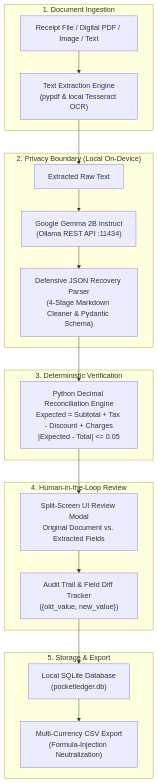
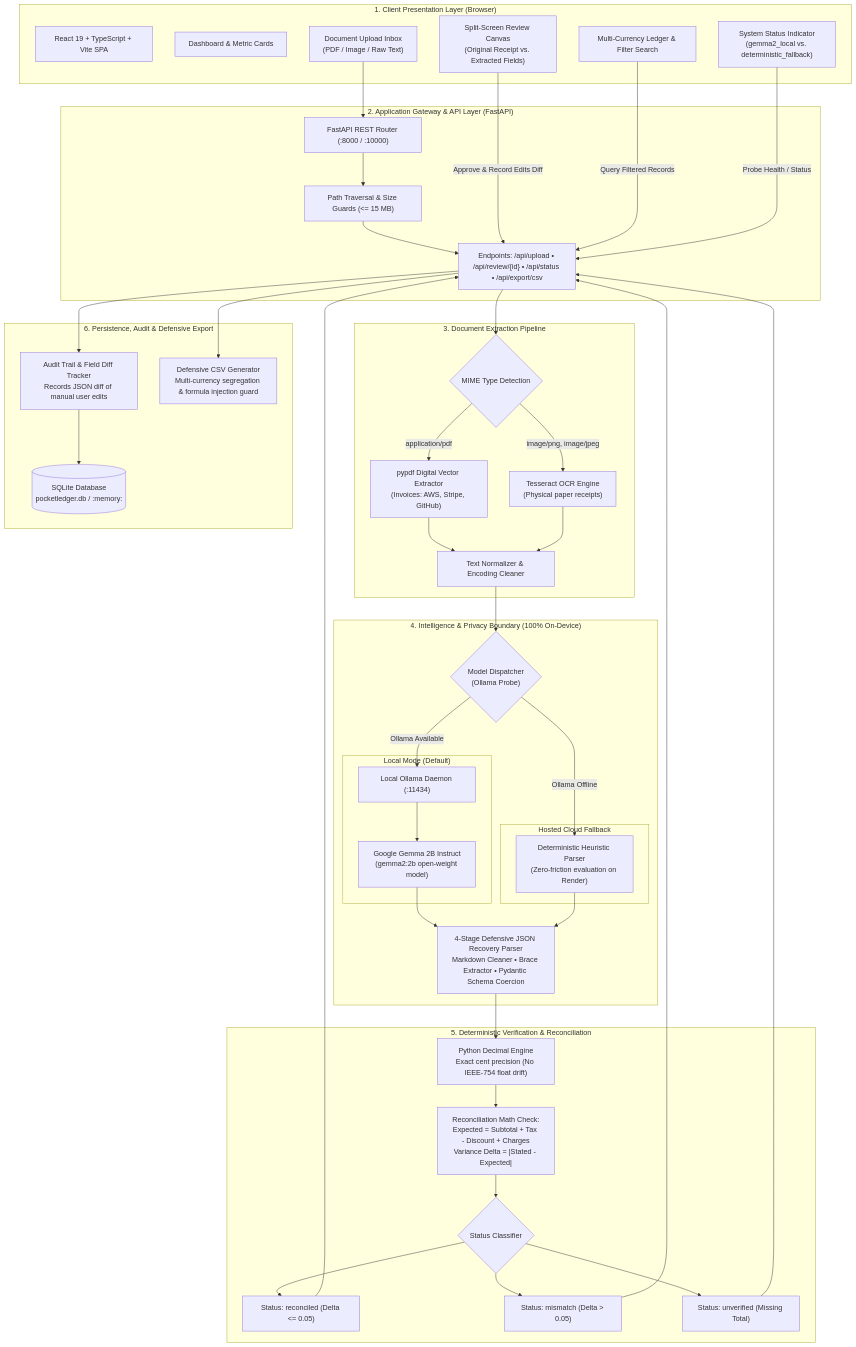
Before and after one commit to tribhu05/pocketledger-ai: the diagram in README.md, drawn with Mermaid. The commit also changed other lines of this file and 1 other file, not shown here.

Commit message:
docs: enrich architecture with multi-tier topology, sequence diagram, state machine, and threat model

````diff
--- a/README.md
+++ b/README.md
@@ -76,32 +78,74 @@
 ```mermaid
-flowchart TD
-    subgraph INGESTION["1. Document Ingestion"]
-        A["Receipt File / Digital PDF / Image / Text"]
-        B["Text Extraction Engine\n(pypdf & local Tesseract OCR)"]
-        A --> B
+flowchart TB
+    subgraph PRESENTATION["1. Client Presentation Layer (Browser)"]
+        UI["React 19 + TypeScript + Vite SPA"]
+        Dashboard["Dashboard & Metric Cards"]
+        Inbox["Document Upload Inbox\n(PDF / Image / Raw Text)"]
+        ReviewModal["Split-Screen Review Canvas\n(Original Receipt vs. Extracted Fields)"]
+        Ledger["Multi-Currency Ledger & Filter Search"]
+        StatusPill["System Status Indicator\n(gemma2_local vs. deterministic_fallback)"]
     end
 
-    subgraph INFERENCE["2. Privacy Boundary (Local On-Device)"]
-        C["Extracted Raw Text"]
-        D["Google Gemma 2B Instruct\n(Ollama REST API :11434)"]
-        E["Defensive JSON Recovery Parser\n(4-Stage Markdown Cleaner & Pydantic Schema)"]
-        B --> C --> D --> E
+    subgraph GATEWAY["2. Application Gateway & API Layer (FastAPI)"]
+        Router["FastAPI REST Router (:8000 / :10000)"]
+        SecGuards["Path Traversal & Size Guards (<= 15 MB)"]
+        Endpoints["Endpoints: /api/upload • /api/review/{id} • /api/status • /api/export/csv"]
     end
 
-    subgraph VERIFICATION["3. Deterministic Verification"]
-        F["Python Decimal Reconciliation Engine\nExpected = Subtotal + Tax - Discount + Charges\n|Expected - Total| <= 0.05"]
-        E --> F
+    subgraph PIPELINE["3. Document Extraction Pipeline"]
+        DocRouter{"MIME Type Detection"}
+        PDFEngine["pypdf Digital Vector Extractor\n(Invoices: AWS, Stripe, GitHub)"]
+        OCREngine["Tesseract OCR Engine\n(Physical paper receipts)"]
+        TextNorm["Text Normalizer & Encoding Cleaner"]
     end
 
-    subgraph REVIEW["4. Human-in-the-Loop Review"]
-        G["Split-Screen UI Review Modal\nOriginal Document vs. Extracted Fields"]
-        H["Audit Trail & Field Diff Tracker\n({old_value, new_value})"]
-        F --> G --> H
+    subgraph PRIVACY_BOUNDARY["4. Intelligence & Privacy Boundary (100% On-Device)"]
+        Dispatcher{"Model Dispatcher\n(Ollama Probe)"}
+        
+        subgraph LOCAL_MODE["Local Mode (Default)"]
+            Ollama["Local Ollama Daemon (:11434)"]
+            Gemma["Google Gemma 2B Instruct\n(gemma2:2b open-weight model)"]
+        end
+
+        subgraph FALLBACK_MODE["Hosted Cloud Fallback"]
+            Fallback["Deterministic Heuristic Parser\n(Zero-friction evaluation on Render)"]
+        end
+
+        JSONParser["4-Stage Defensive JSON Recovery Parser\nMarkdown Cleaner • Brace Extractor • Pydantic Schema Coercion"]
     end
 
-    subgraph PERSISTENCE["5. Storage & Export"]
-        I["Local SQLite Database\n(pocketledger.db)"]
-        J["Multi-Currency CSV Export\n(Formula-Injection Neutralization)"]
-        H --> I --> J
+    subgraph VALIDATION["5. Deterministic Verification & Reconciliation"]
+        DecimalEngine["Python Decimal Engine\nExact cent precision (No IEEE-754 float drift)"]
+        ReconcileRule["Reconciliation Math Check:\nExpected = Subtotal + Tax - Discount + Charges\nVariance Delta = |Stated - Expected|"]
+        StatusClassifier{"Status Classifier"}
+        Reconciled["Status: reconciled (Delta <= 0.05)"]
+        Mismatch["Status: mismatch (Delta > 0.05)"]
+        Unverified["Status: unverified (Missing Total)"]
     end
+
+    subgraph PERSISTENCE["6. Persistence, Audit & Defensive Export"]
+        AuditDiff["Audit Trail & Field Diff Tracker\nRecords JSON diff of manual user edits"]
+        SQLiteDB[("SQLite Database\npocketledger.db / :memory:")]
+        CSVExport["Defensive CSV Generator\nMulti-currency segregation & formula injection guard"]
+    end
+
+    %% Wiring
+    Inbox --> Router --> SecGuards --> Endpoints --> DocRouter
+    DocRouter -->|application/pdf| PDFEngine --> TextNorm
+    DocRouter -->|image/png, image/jpeg| OCREngine --> TextNorm
+    TextNorm --> Dispatcher
+
+    Dispatcher -->|Ollama Available| Ollama --> Gemma --> JSONParser
+    Dispatcher -->|Ollama Offline| Fallback --> JSONParser
+
+    JSONParser --> DecimalEngine --> ReconcileRule --> StatusClassifier
+    StatusClassifier --> Reconciled --> Endpoints
+    StatusClassifier --> Mismatch --> Endpoints
+    StatusClassifier --> Unverified --> Endpoints
+
+    Endpoints --> AuditDiff --> SQLiteDB
+    ReviewModal -->|Approve & Record Edits Diff| Endpoints
+    Ledger -->|Query Filtered Records| Endpoints
+    Endpoints --> CSVExport
+    StatusPill -->|Probe Health / Status| Endpoints
 ```
````
